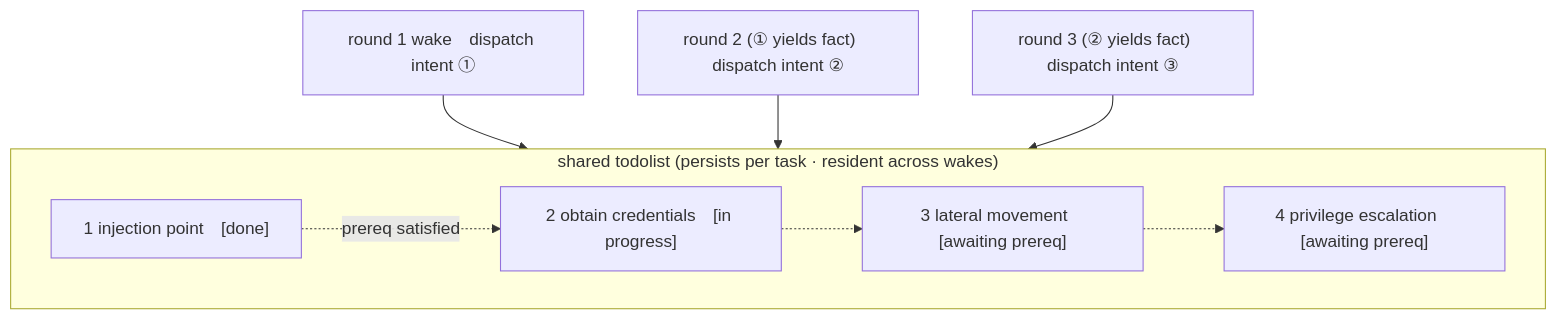
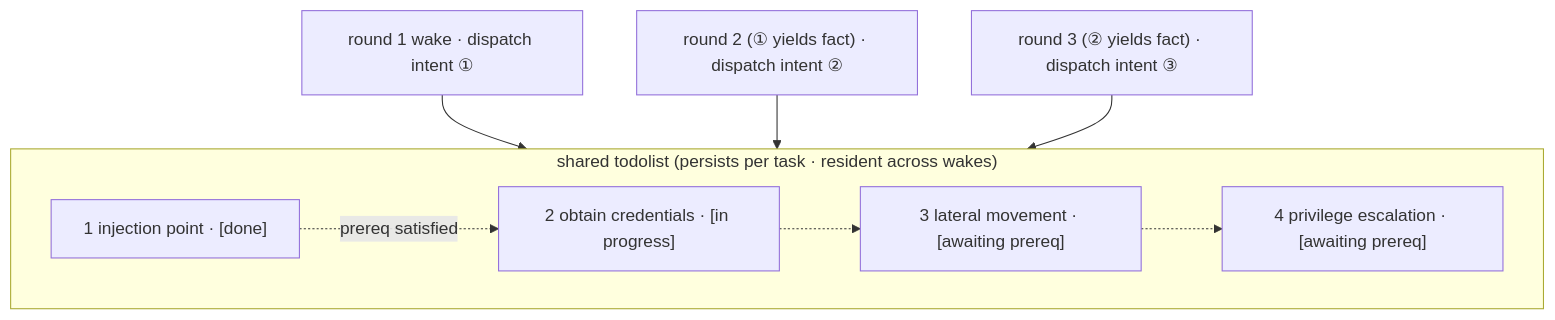
One commit to sounil/artex-english changed the fifth of 5 diagrams in README.md. Above: the diagram before and after it, drawn with Mermaid. The commit also changed other lines of this file and 408 other files, not shown here.

````diff
--- a/README.md
+++ b/README.md
@@ -324,14 +384,14 @@
 ```mermaid
 flowchart TB
   subgraph TODO["shared todolist (persists per task · resident across wakes)"]
     direction LR
-    T1["1 injection point　[done]"]
-    T2["2 obtain credentials　[in progress]"]
-    T3["3 lateral movement　[awaiting prereq]"]
-    T4["4 privilege escalation　[awaiting prereq]"]
+    T1["1 injection point · [done]"]
+    T2["2 obtain credentials · [in progress]"]
+    T3["3 lateral movement · [awaiting prereq]"]
+    T4["4 privilege escalation · [awaiting prereq]"]
     T1 -. prereq satisfied .-> T2 -.-> T3 -.-> T4
   end
-  R1["round 1 wake　dispatch intent ①"] --> T1
-  R2["round 2 (① yields fact)　dispatch intent ②"] --> T2
-  R3["round 3 (② yields fact)　dispatch intent ③"] --> T3
+  R1["round 1 wake · dispatch intent ①"] --> T1
+  R2["round 2 (① yields fact) · dispatch intent ②"] --> T2
+  R3["round 3 (② yields fact) · dispatch intent ③"] --> T3
 ```
````
